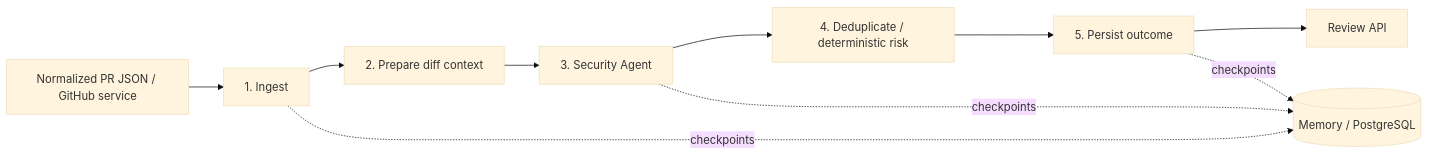
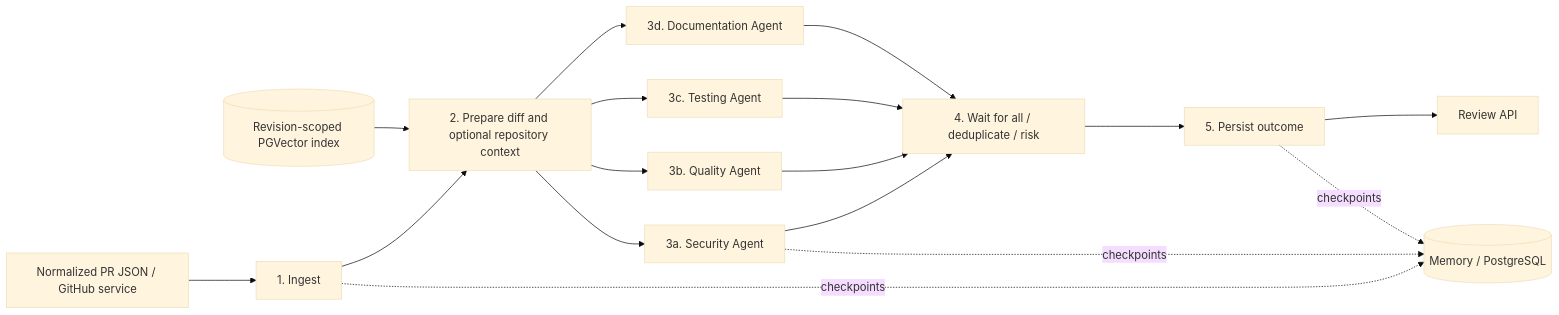
Before and after one commit to vish-dumps/AI-pull-request-Agent: the third of 5 diagrams in README.md, drawn with Mermaid (base theme). The commit also changed other lines of this file and 76 other files, not shown here.

````diff
--- a/README.md
+++ b/README.md
@@ -62,12 +65,19 @@
 ```mermaid
 flowchart LR
     Source[Normalized PR JSON / GitHub service] --> Ingest[1. Ingest]
-    Ingest --> Context[2. Prepare diff context]
-    Context --> Security[3. Security Agent]
-    Security --> Aggregate[4. Deduplicate / deterministic risk]
+    Ingest --> Context[2. Prepare diff and optional repository context]
+    Index[(Revision-scoped PGVector index)] --> Context
+    Context --> Security[3a. Security Agent]
+    Context --> Quality[3b. Quality Agent]
+    Context --> Testing[3c. Testing Agent]
+    Context --> Documentation[3d. Documentation Agent]
+    Security --> Aggregate[4. Wait for all / deduplicate / risk]
+    Quality --> Aggregate
+    Testing --> Aggregate
+    Documentation --> Aggregate
     Aggregate --> Persist[5. Persist outcome]
     Persist --> Read[Review API]
     Ingest -. checkpoints .-> Checkpoints[(Memory / PostgreSQL)]
     Security -. checkpoints .-> Checkpoints
     Persist -. checkpoints .-> Checkpoints
 ```
````
